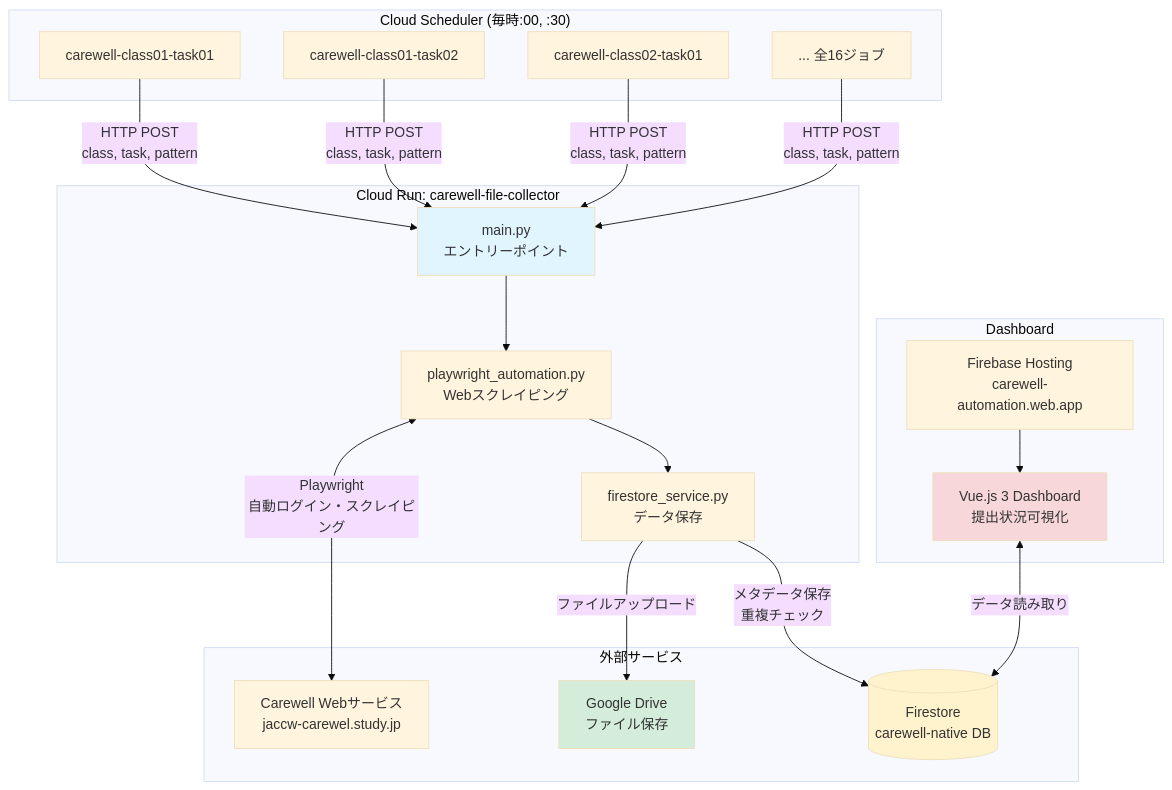
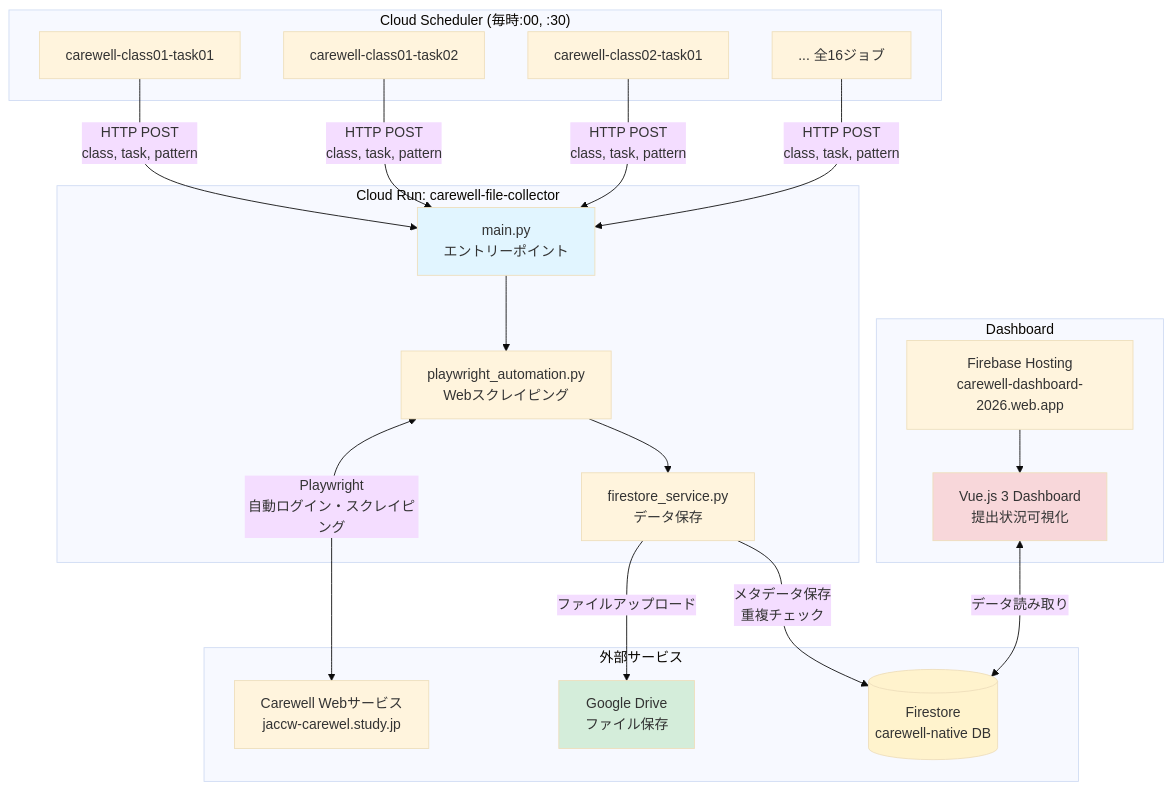
One commit to yasushi-honda/carewell-gcp-drive-automation changed the first of 2 diagrams in docs/QUICKSTART.md. Above: the diagram before and after it, drawn with Mermaid (base theme). The commit also changed other lines of this file and 19 other files, not shown here.

````diff
--- a/docs/QUICKSTART.md
+++ b/docs/QUICKSTART.md
@@ -98,40 +98,40 @@
 ```mermaid
 graph TB
     subgraph "Cloud Scheduler (毎時:00, :30)"
         S1[carewell-class01-task01]
         S2[carewell-class01-task02]
         S3[carewell-class02-task01]
         S4[... 全16ジョブ]
     end
 
     subgraph "Cloud Run: carewell-file-collector"
         CR[main.py<br/>エントリーポイント]
         PA[playwright_automation.py<br/>Webスクレイピング]
         FS[firestore_service.py<br/>データ保存]
     end
 
     subgraph "外部サービス"
         CW[Carewell Webサービス<br/>jaccw-carewel.study.jp]
         GD[Google Drive<br/>ファイル保存]
         FB[(Firestore<br/>carewell-native DB)]
     end
 
     subgraph "Dashboard"
-        FH[Firebase Hosting<br/>carewell-automation.web.app]
+        FH[Firebase Hosting<br/>carewell-dashboard-2026.web.app]
         VUE[Vue.js 3 Dashboard<br/>提出状況可視化]
     end
 
     S1 & S2 & S3 & S4 -->|HTTP POST<br/>class, task, pattern| CR
     CR --> PA
     PA <-->|Playwright<br/>自動ログイン・スクレイピング| CW
     PA --> FS
     FS -->|ファイルアップロード| GD
     FS -->|メタデータ保存<br/>重複チェック| FB
     VUE <-->|データ読み取り| FB
     FH --> VUE
 
     style CR fill:#e1f5ff
     style FB fill:#fff3cd
     style GD fill:#d4edda
     style VUE fill:#f8d7da
 ```
````
